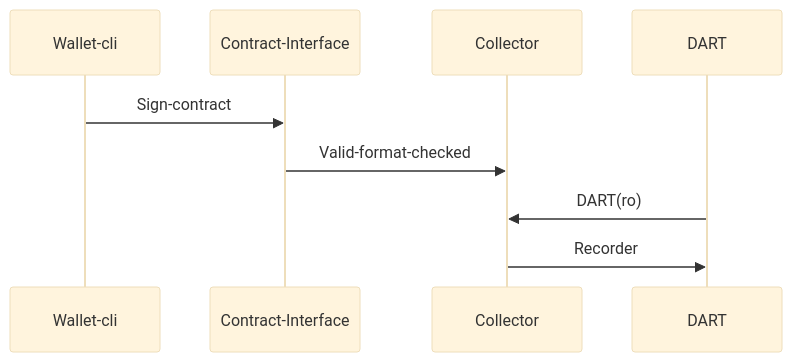
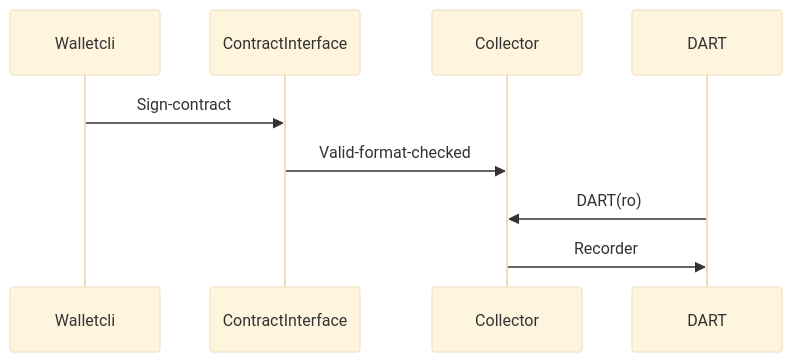
One commit to tagion/tagion changed the diagram in documents/project/project_goals_2023_Q1_Q2.md. Above: the diagram before and after it, drawn with Mermaid (base theme). The commit also changed other lines of this file and 1 other file, not shown here.

Commit message:
Sequency.list is now const

````diff
--- a/documents/project/project_goals_2023_Q1_Q2.md
+++ b/documents/project/project_goals_2023_Q1_Q2.md
@@ -13,11 +15,11 @@
 ```mermaid
 sequenceDiagram
-    participant Wallet-cli
-    participant Contract-Interface
+    participant Walletcli
+    participant ContractInterface
     participant Collector
     participant DART 
-    Wallet-cli ->> Contract-Interface: Sign-contract
-    Contract-Interface ->> Collector: Valid-format-checked
+    Walletcli ->> ContractInterface: Sign-contract
+    ContractInterface ->> Collector: Valid-format-checked
     DART ->> Collector: DART(ro)
     Collector ->> DART: Recorder
 ```
````
